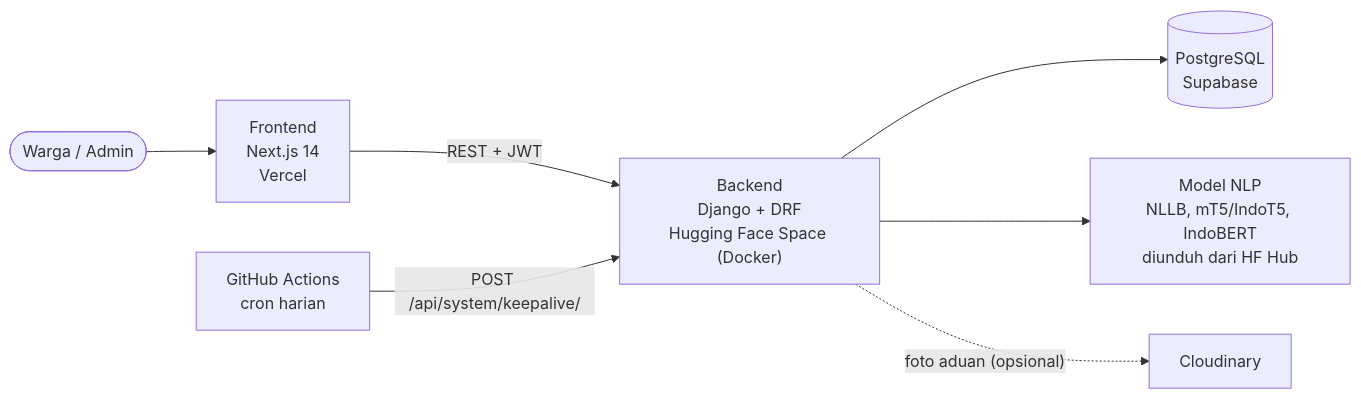
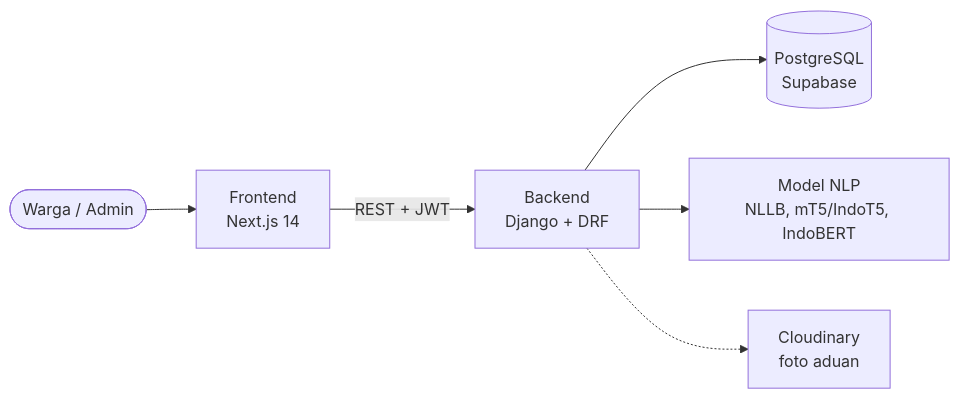
One commit to FadhRach/Sovereign-Dialect-Bridge changed the diagram in README.md. Above: the diagram before and after it, drawn with Mermaid. The commit also changed other lines of this file and 2 other files, not shown here.

````diff
--- a/README.md
+++ b/README.md
@@ -61,9 +38,8 @@
 ```mermaid
 flowchart LR
-  Warga(["Warga / Admin"]) --> FE["Frontend<br/>Next.js 14<br/>Vercel"]
-  FE -- "REST + JWT" --> BE["Backend<br/>Django + DRF<br/>Hugging Face Space (Docker)"]
+  User(["Warga / Admin"]) --> FE["Frontend<br/>Next.js 14"]
+  FE -- "REST + JWT" --> BE["Backend<br/>Django + DRF"]
   BE --> DB[("PostgreSQL<br/>Supabase")]
-  BE --> NLP["Model NLP<br/>NLLB, mT5/IndoT5, IndoBERT<br/>diunduh dari HF Hub"]
-  BE -. "foto aduan (opsional)" .-> CDN["Cloudinary"]
-  GH["GitHub Actions<br/>cron harian"] -- "POST /api/system/keepalive/" --> BE
+  BE --> NLP["Model NLP<br/>NLLB, mT5/IndoT5, IndoBERT"]
+  BE -.-> CDN["Cloudinary<br/>foto aduan"]
 ```
````
